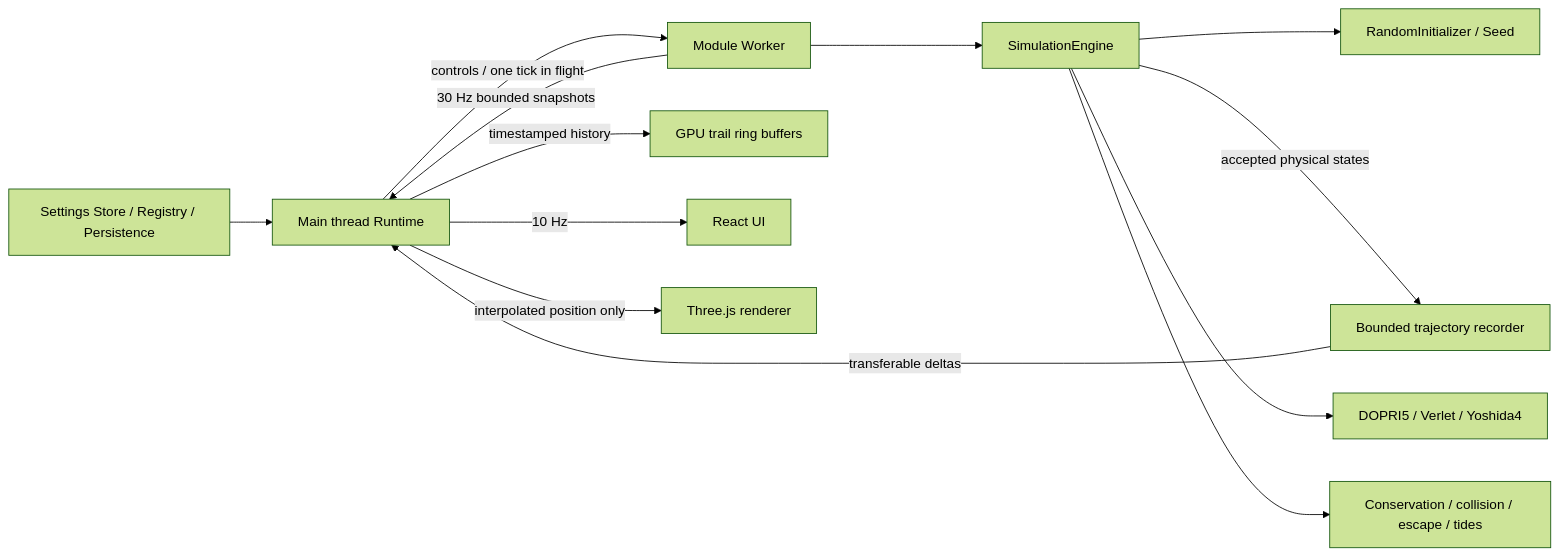
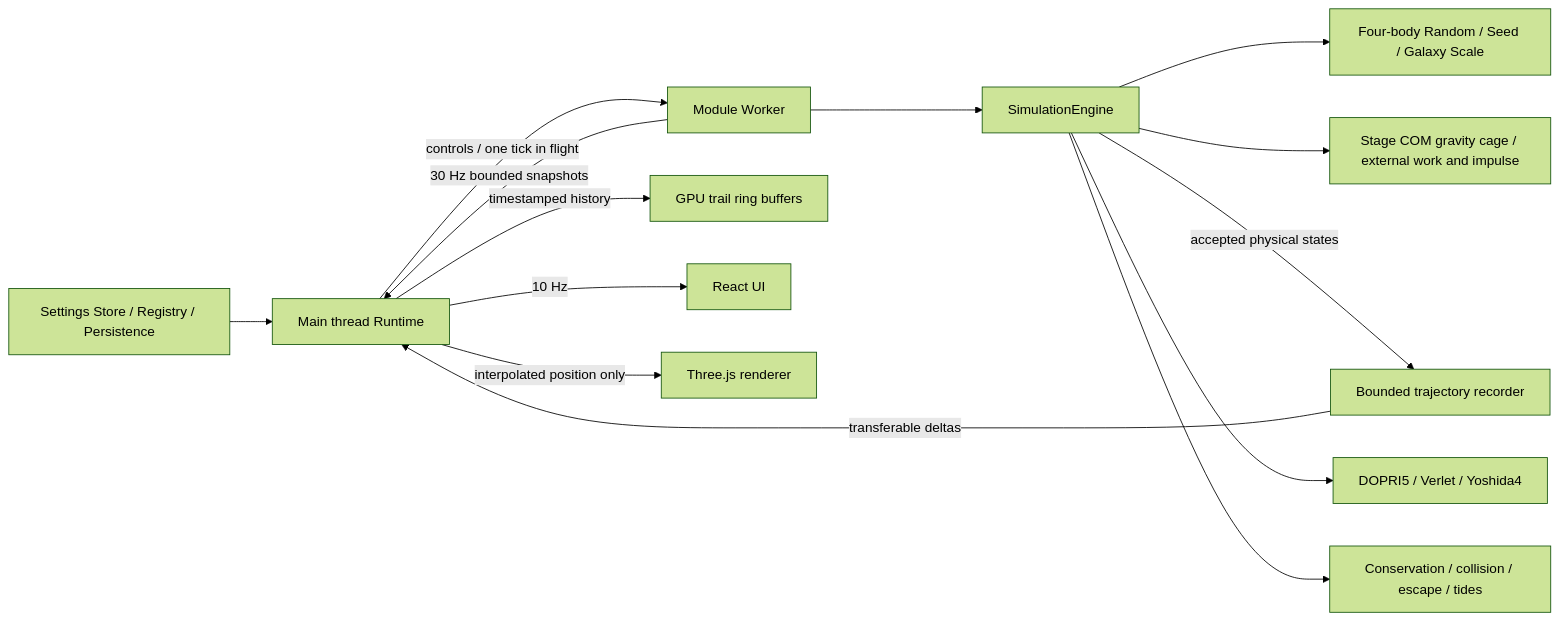
The diagram in docs/architecture.md (BillOu0104/1), drawn with Mermaid (forest theme) before and after one commit. The commit also changed other lines of this file and 46 other files, not shown here.

Commit message:
feat: V0.3 four-body random initialization, galaxy scale and gravity cage

````diff
--- a/docs/architecture.md
+++ b/docs/architecture.md
@@ -3,15 +3,16 @@
 ```mermaid
 flowchart LR
   Store[Settings Store / Registry / Persistence] --> Runtime[Main thread Runtime]
   Runtime -->|controls / one tick in flight| Worker[Module Worker]
   Worker --> Engine[SimulationEngine]
-  Engine --> Random[RandomInitializer / Seed]
+  Engine --> Random[Four-body Random / Seed / Galaxy Scale]
+  Engine --> Cage[Stage COM gravity cage / external work and impulse]
   Engine -->|accepted physical states| Recorder[Bounded trajectory recorder]
   Recorder -->|transferable deltas| Runtime
   Runtime -->|timestamped history| Trails[GPU trail ring buffers]
   Engine --> Adaptive[DOPRI5 / Verlet / Yoshida4]
   Engine --> Checks[Conservation / collision / escape / tides]
   Worker -->|30 Hz bounded snapshots| Runtime
   Runtime -->|10 Hz| UI[React UI]
   Runtime -->|interpolated position only| Scene[Three.js renderer]
 ```
````
